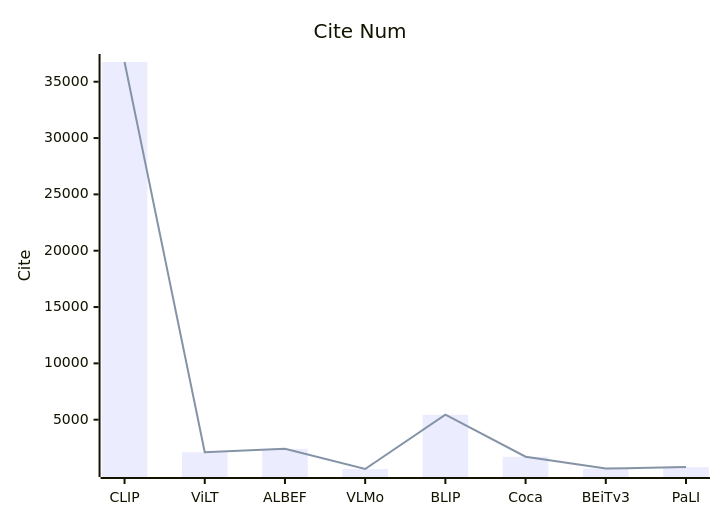
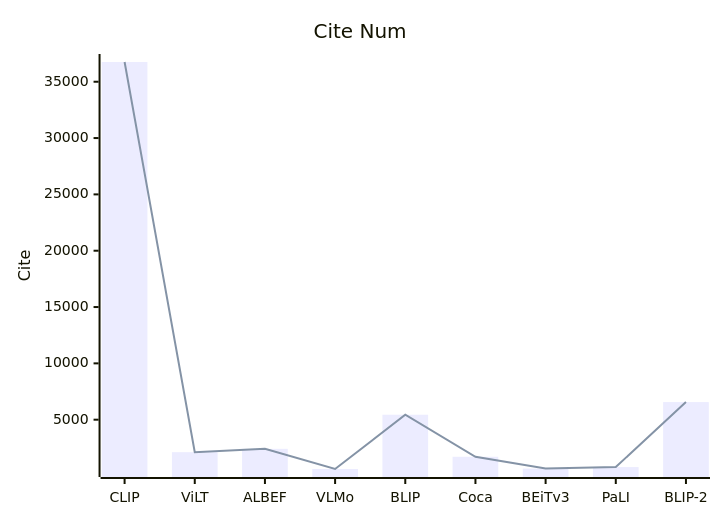
One commit to Elephant-King9/Paper changed the sixth of 6 diagrams in Base_Model/VLM+VLLM/analyse.md. Above: the diagram before and after it, drawn with Mermaid. The commit also changed other lines of this file and 5 other files, not shown here.

````diff
--- a/Base_Model/VLM+VLLM/analyse.md
+++ b/Base_Model/VLM+VLLM/analyse.md
@@ -172,8 +197,8 @@
 ```mermaid
     xychart-beta
     title "Cite Num"
-    x-axis [CLIP, ViLT, ALBEF,VLMo, BLIP,Coca,BEiT v3,PaLI]
+    x-axis [CLIP, ViLT, ALBEF,VLMo, BLIP,Coca,BEiT v3,PaLI,BLIP-2]
     y-axis "Cite" 
-    bar [36752,2115,2412,623,5442,1710,660,794]
-    line [36752,2115,2412,623,5442,1710,660,794]
+    bar [36752,2115,2412,623,5442,1710,660,794,6562]
+    line [36752,2115,2412,623,5442,1710,660,794,6562]
 ```
````
